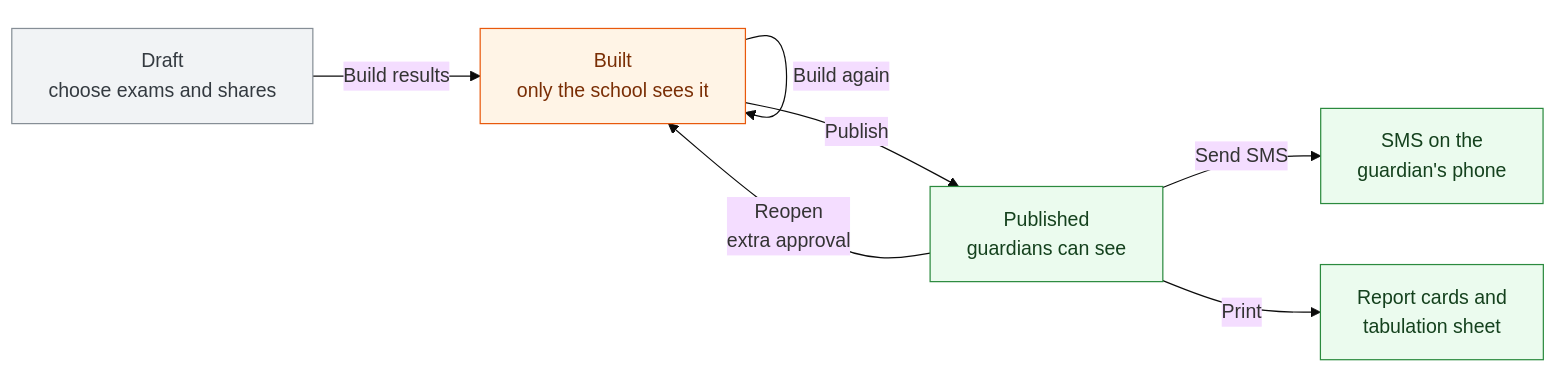
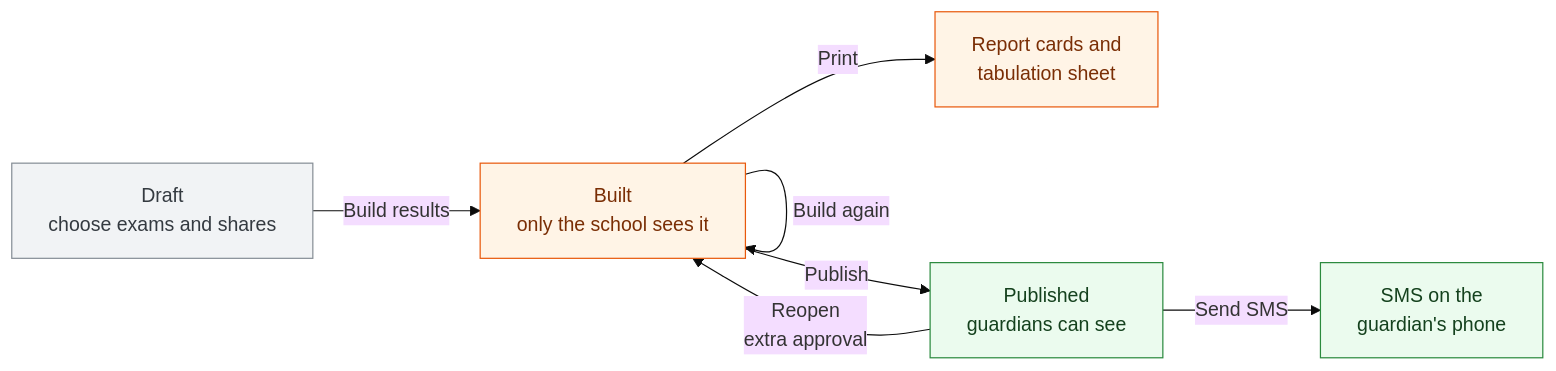
Before and after one commit to LBCron/biddaloy: the diagram in docs/user-guide/_diagrams/exams-results-final-results-overview.en.mmd, drawn with Mermaid (base theme). The commit also changed 31 other files, not shown here.

First line of the commit message:
fix(results): address CodeRabbit review on final-result UI, guide and e2e

```diff
--- a/docs/user-guide/_diagrams/exams-results-final-results-overview.en.mmd
+++ b/docs/user-guide/_diagrams/exams-results-final-results-overview.en.mmd
@@ -1,13 +1,13 @@
 %% title: The steps of a final result
-%% desc: A final result starts as a Draft when you press Start. You choose which exams count and how much each counts, then build the results. After you check them, you publish. Guardians then see the result and you can send the SMS and print the cards. Reopening needs extra approval and puts the result back to Built.
+%% desc: A final result starts as a Draft when you press Start. You choose which exams count and how much each counts, then build the results. You can print the cards from Built. After you check the results, you publish. Guardians then see the result and you can send the SMS. Reopening needs extra approval and puts the result back to Built.
 flowchart LR
   D["Draft<br/>choose exams and shares"]:::note -->|"Build results"| P["Built<br/>only the school sees it"]:::admin
   P -->|"Build again"| P
+  P -->|"Print"| C["Report cards and<br/>tabulation sheet"]:::admin
   P -->|"Publish"| U["Published<br/>guardians can see"]:::guardian
   U -->|"Send SMS"| M["SMS on the<br/>guardian's phone"]:::guardian
-  U -->|"Print"| C["Report cards and<br/>tabulation sheet"]:::guardian
   U -->|"Reopen<br/>extra approval"| P
   classDef teacher fill:#e7f5ff,stroke:#1c7ed6,color:#0b3d66
   classDef admin fill:#fff4e6,stroke:#e8590c,color:#7a2e05
   classDef guardian fill:#ebfbee,stroke:#2b8a3e,color:#14411d
   classDef note fill:#f1f3f5,stroke:#868e96,color:#343a40
```
